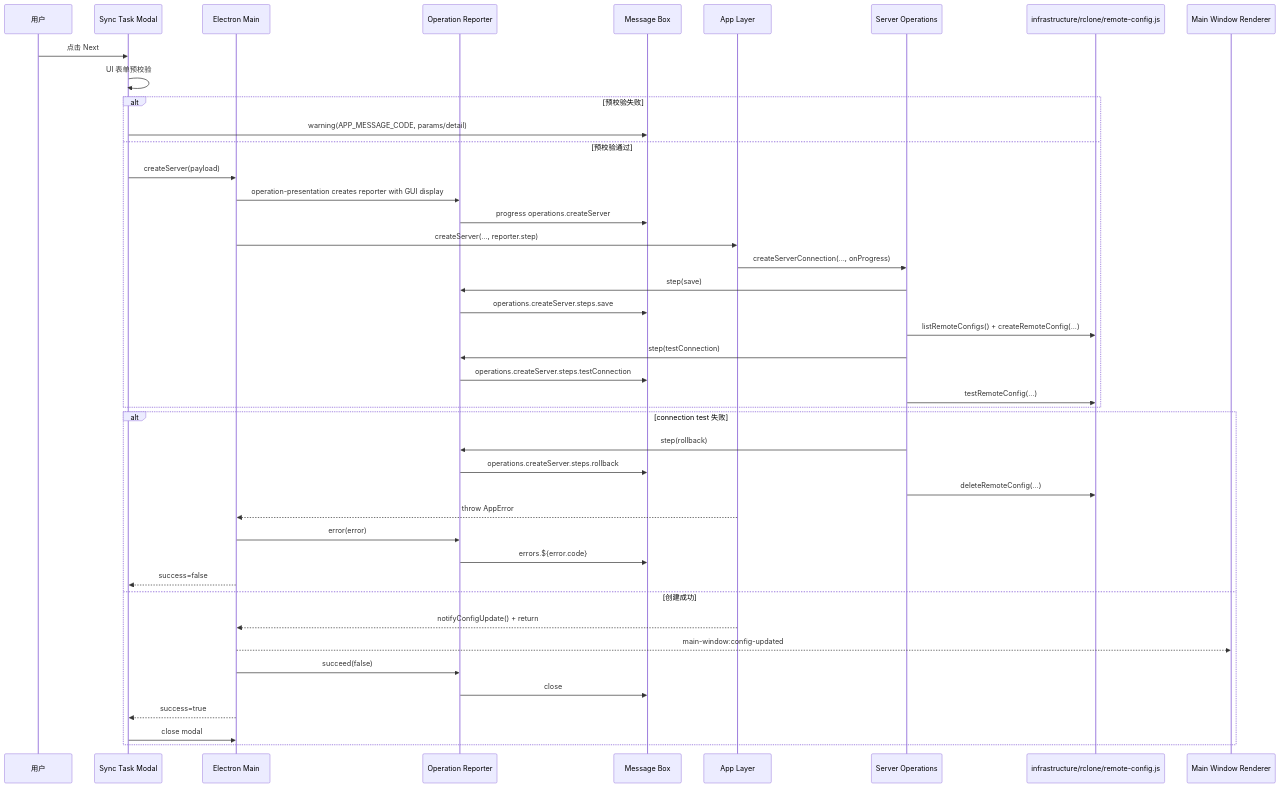
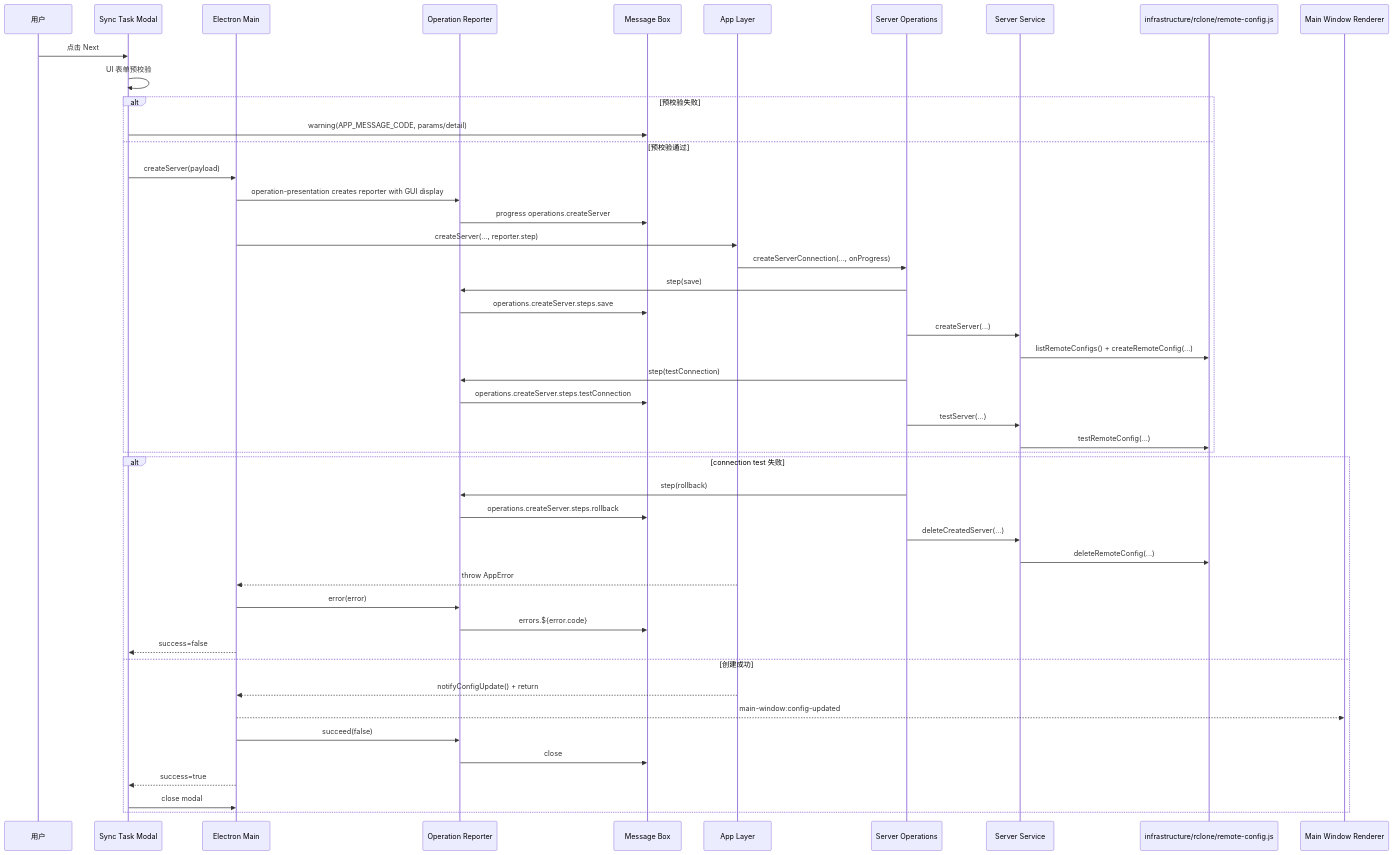
Before and after one commit to agalloch21/sync-with-rclone: diagram 13 of 15 in docs/Flows.md, drawn with Mermaid. The commit also changed other lines of this file and 27 other files, not shown here.

````diff
--- a/docs/Flows.md
+++ b/docs/Flows.md
@@ -382,46 +382,50 @@
 ```mermaid
 sequenceDiagram
   participant U as 用户
   participant M as Sync Task Modal
   participant EM as Electron Main
   participant OR as Operation Reporter
   participant MB as Message Box
   participant APP as App Layer
   participant SO as Server Operations
+  participant SS as Server Service
   participant RC as infrastructure/rclone/remote-config.js
   participant MW as Main Window Renderer
 
   U->>M: 点击 Next
   M->>M: UI 表单预校验
   alt 预校验失败
     M->>MB: warning(APP_MESSAGE_CODE, params/detail)
   else 预校验通过
     M->>EM: createServer(payload)
     EM->>OR: operation-presentation creates reporter with GUI display
     OR->>MB: progress operations.createServer
     EM->>APP: createServer(..., reporter.step)
     APP->>SO: createServerConnection(..., onProgress)
     SO->>OR: step(save)
     OR->>MB: operations.createServer.steps.save
-    SO->>RC: listRemoteConfigs() + createRemoteConfig(...)
+    SO->>SS: createServer(...)
+    SS->>RC: listRemoteConfigs() + createRemoteConfig(...)
     SO->>OR: step(testConnection)
     OR->>MB: operations.createServer.steps.testConnection
-    SO->>RC: testRemoteConfig(...)
+    SO->>SS: testServer(...)
+    SS->>RC: testRemoteConfig(...)
   end
   alt connection test 失败
     SO->>OR: step(rollback)
     OR->>MB: operations.createServer.steps.rollback
-    SO->>RC: deleteRemoteConfig(...)
+    SO->>SS: deleteCreatedServer(...)
+    SS->>RC: deleteRemoteConfig(...)
     APP-->>EM: throw AppError
     EM->>OR: error(error)
     OR->>MB: errors.${error.code}
     EM-->>M: success=false
   else 创建成功
     APP-->>EM: notifyConfigUpdate() + return
     EM-->>MW: main-window:config-updated
     EM->>OR: succeed(false)
     OR->>MB: close
     EM-->>M: success=true
     M->>EM: close modal
   end
 ```
````
